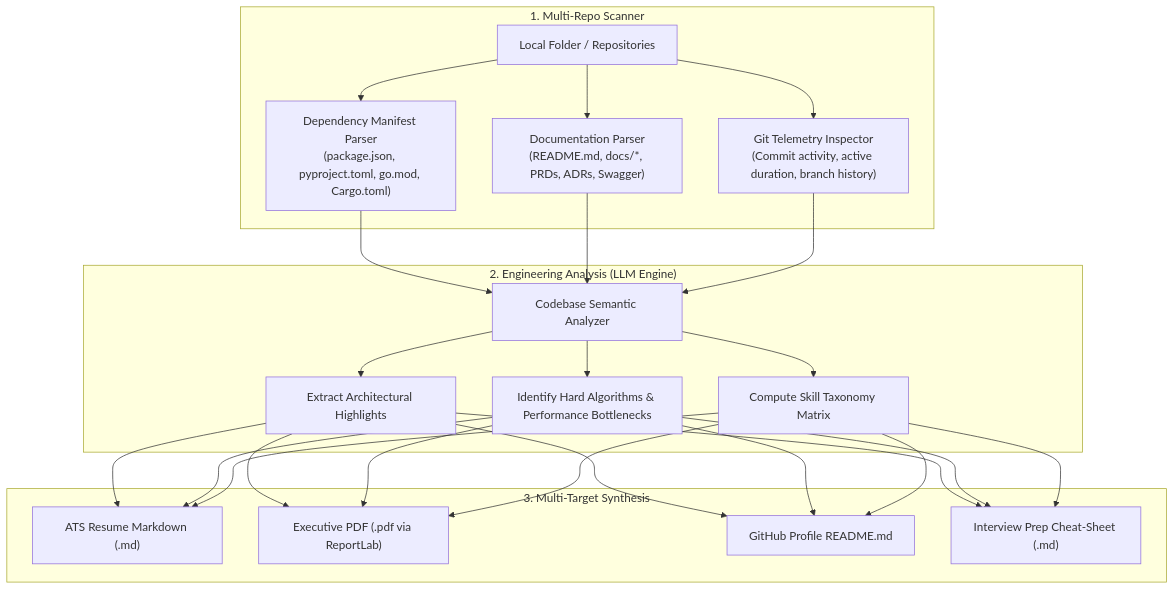
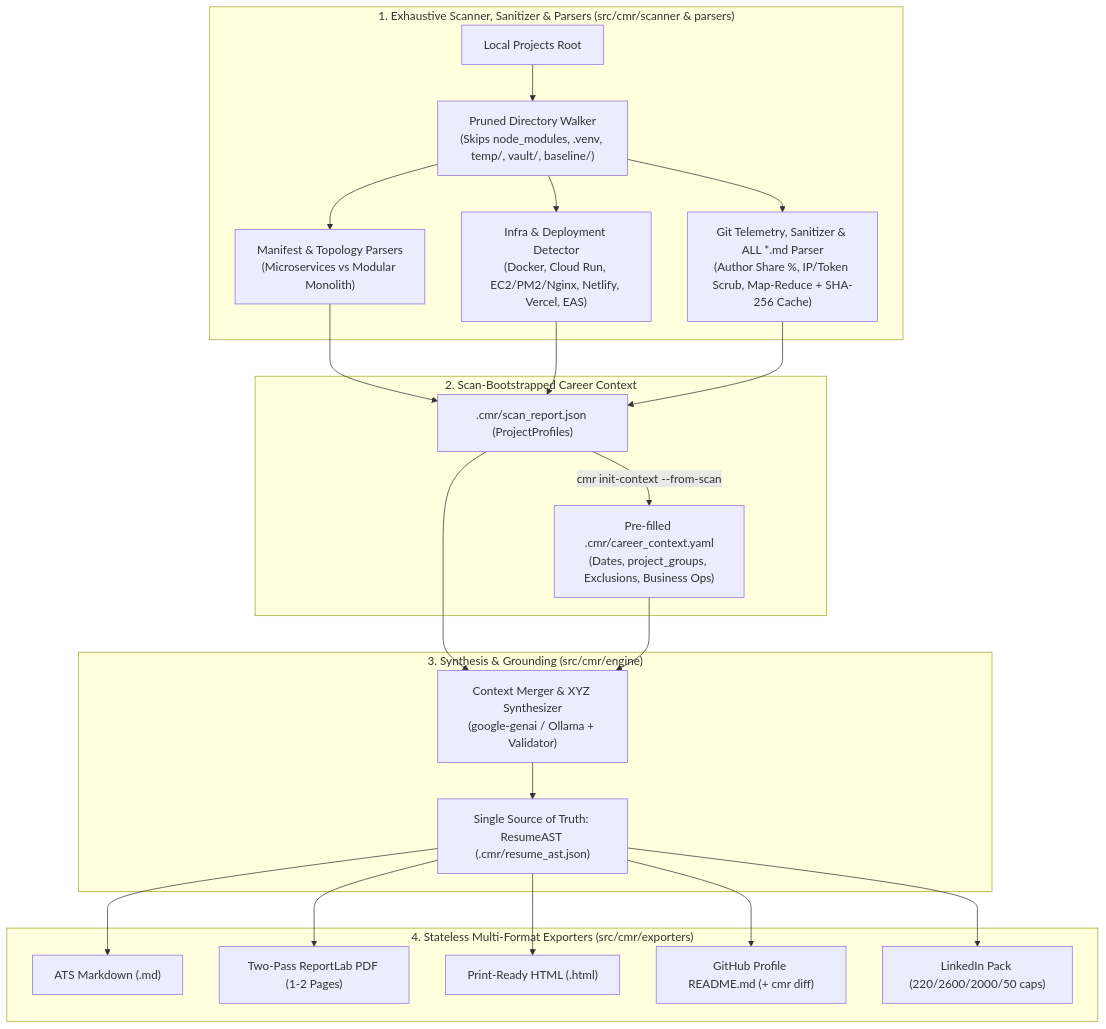
Before and after one commit to skr2270/CodeMyResume: the diagram in README.md, drawn with Mermaid. The commit also changed other lines of this file and 8 other files, not shown here.

Commit message:
docs: finalize v0.1.0 architecture specs, packaging metadata, sanitizer, and LinkedIn exporter design

````diff
--- a/README.md
+++ b/README.md
@@ -51,22 +48,28 @@
 ```mermaid
 flowchart TD
-    subgraph Ingestion ["1. Multi-Repo Scanner"]
-        A["Local Folder / Repositories"] --> B["Dependency Manifest Parser<br/>(package.json, pyproject.toml, go.mod, Cargo.toml)"]
-        A --> C["Documentation Parser<br/>(README.md, docs/*, PRDs, ADRs, Swagger)"]
-        A --> D["Git Telemetry Inspector<br/>(Commit activity, active duration, branch history)"]
+    subgraph Ingestion ["1. Exhaustive Scanner, Sanitizer & Parsers (src/cmr/scanner & parsers)"]
+        A["Local Projects Root"] --> B["Pruned Directory Walker<br/>(Skips node_modules, .venv, temp/, vault/, baseline/)"]
+        B --> C["Manifest & Topology Parsers<br/>(Microservices vs Modular Monolith)"]
+        B --> D["Infra & Deployment Detector<br/>(Docker, Cloud Run, EC2/PM2/Nginx, Netlify, Vercel, EAS)"]
+        B --> E["Git Telemetry, Sanitizer & ALL *.md Parser<br/>(Author Share %, IP/Token Scrub, Map-Reduce + SHA-256 Cache)"]
     end
 
-    subgraph Intelligence ["2. Engineering Analysis (LLM Engine)"]
-        B & C & D --> E["Codebase Semantic Analyzer"]
-        E --> F["Extract Architectural Highlights"]
-        E --> G["Identify Hard Algorithms & Performance Bottlenecks"]
-        E --> H["Compute Skill Taxonomy Matrix"]
+    subgraph Context ["2. Scan-Bootstrapped Career Context"]
+        C & D & E --> F[".cmr/scan_report.json (ProjectProfiles)"]
+        F -->|"cmr init-context --from-scan"| G["Pre-filled .cmr/career_context.yaml<br/>(Dates, project_groups, Exclusions, Business Ops)"]
     end
 
-    subgraph Generation ["3. Multi-Target Synthesis"]
-        F & G & H --> I["ATS Resume Markdown (.md)"]
-        F & G & H --> J["Executive PDF (.pdf via ReportLab)"]
-        F & G & H --> K["GitHub Profile README.md"]
-        F & G & H --> L["Interview Prep Cheat-Sheet (.md)"]
+    subgraph Grounding ["3. Synthesis & Grounding (src/cmr/engine)"]
+        F --> H["Context Merger & XYZ Synthesizer<br/>(google-genai / Ollama + Validator)"]
+        G --> H
+        H --> I["Single Source of Truth: ResumeAST (.cmr/resume_ast.json)"]
+    end
+
+    subgraph Export ["4. Stateless Multi-Format Exporters (src/cmr/exporters)"]
+        I --> J["ATS Markdown (.md)"]
+        I --> K["Two-Pass ReportLab PDF (1-2 Pages)"]
+        I --> L["Print-Ready HTML (.html)"]
+        I --> M["GitHub Profile README.md (+ cmr diff)"]
+        I --> N["LinkedIn Pack (220/2600/2000/50 caps)"]
     end
 ```
````
